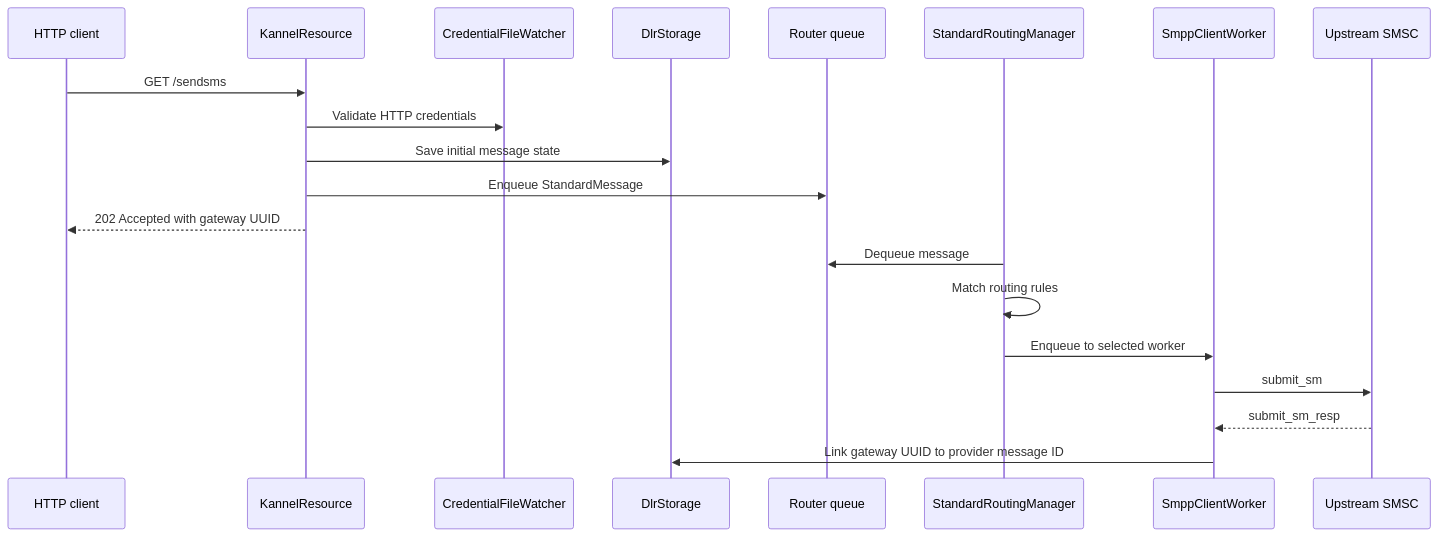
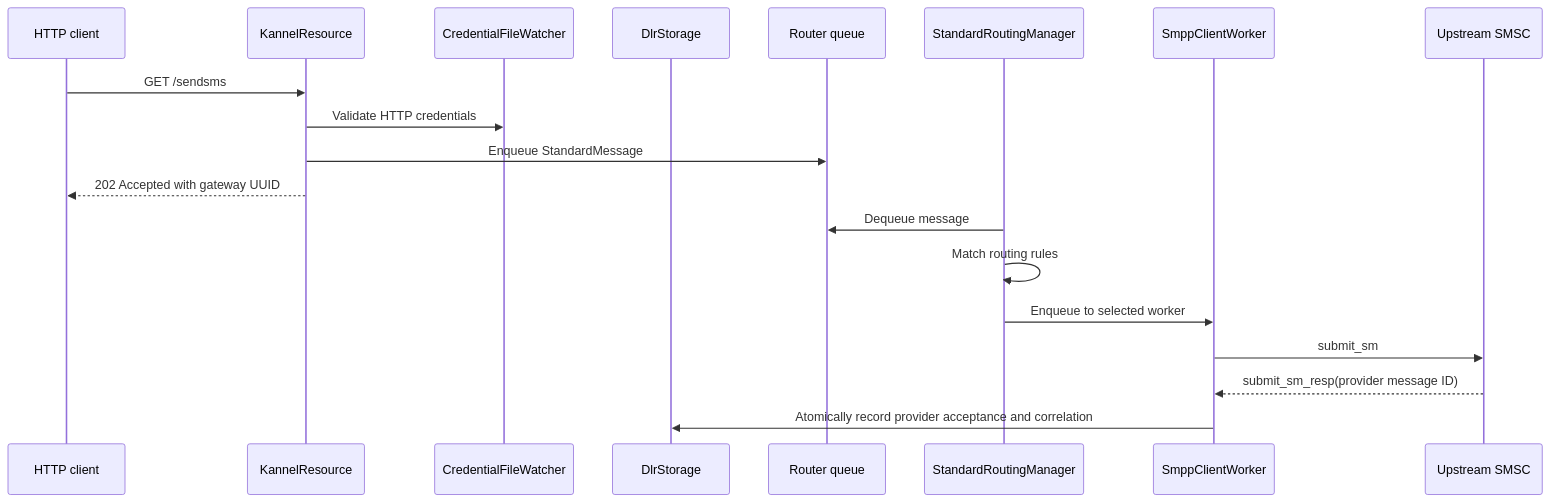
One commit to cytechmobile/sendium changed the third of 6 diagrams in docs/01-architecture.md. Above: the diagram before and after it, drawn with Mermaid. The commit also changed other lines of this file and 34 other files, not shown here.

Commit message:
refactor(dlr): persist state at provider outcome

````diff
--- a/docs/01-architecture.md
+++ b/docs/01-architecture.md
@@ -85,23 +85,22 @@
 ```mermaid
 sequenceDiagram
     participant Client as HTTP client
     participant API as KannelResource
     participant Creds as CredentialFileWatcher
     participant DLR as DlrStorage
     participant Queue as Router queue
     participant Router as StandardRoutingManager
     participant Worker as SmppClientWorker
     participant SMSC as Upstream SMSC
 
     Client->>API: GET /sendsms
     API->>Creds: Validate HTTP credentials
-    API->>DLR: Save initial message state
     API->>Queue: Enqueue StandardMessage
     API-->>Client: 202 Accepted with gateway UUID
     Router->>Queue: Dequeue message
     Router->>Router: Match routing rules
     Router->>Worker: Enqueue to selected worker
     Worker->>SMSC: submit_sm
-    SMSC-->>Worker: submit_sm_resp
-    Worker->>DLR: Link gateway UUID to provider message ID
+    SMSC-->>Worker: submit_sm_resp(provider message ID)
+    Worker->>DLR: Atomically record provider acceptance and correlation
 ```
````
